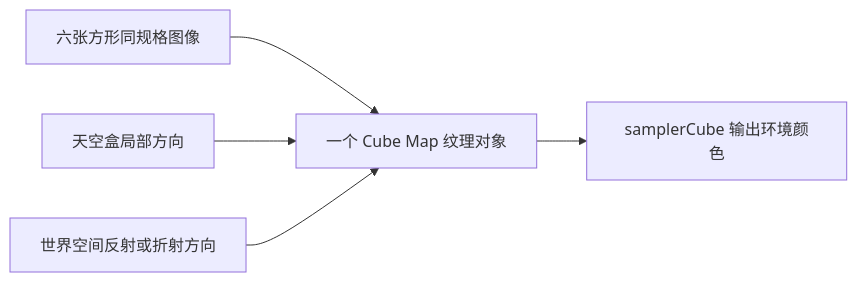
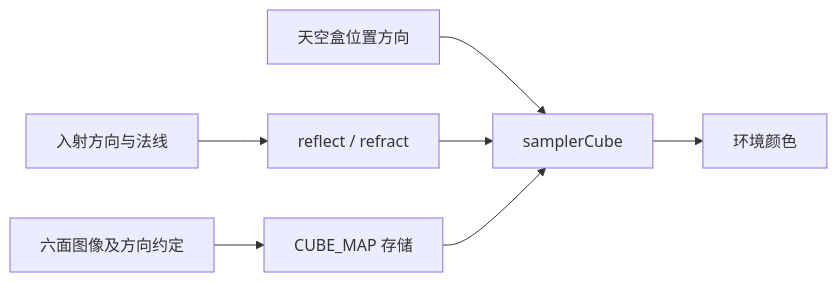
Before and after one commit to with-fair-wind/OpenGL: the diagram in docs/04_advanced_opengl/06_cubemaps.md, drawn with Mermaid. The commit also changed other lines of this file and 107 other files, not shown here.

````diff
--- a/docs/04_advanced_opengl/06_cubemaps.md
+++ b/docs/04_advanced_opengl/06_cubemaps.md
@@ -14,7 +19,9 @@
 ```mermaid
 flowchart LR
-    A[六张方形同规格图像] --> B[一个 Cube Map 纹理对象]
-    C[天空盒局部方向] --> B
-    D[世界空间反射或折射方向] --> B
-    B --> E[samplerCube 输出环境颜色]
+    A[六面图像及方向约定] --> B[CUBE_MAP 存储]
+    C[天空盒位置方向] --> E[samplerCube]
+    D[入射方向与法线] --> F[reflect / refract]
+    F --> E
+    B --> E
+    E --> G[环境颜色]
 ```
````
